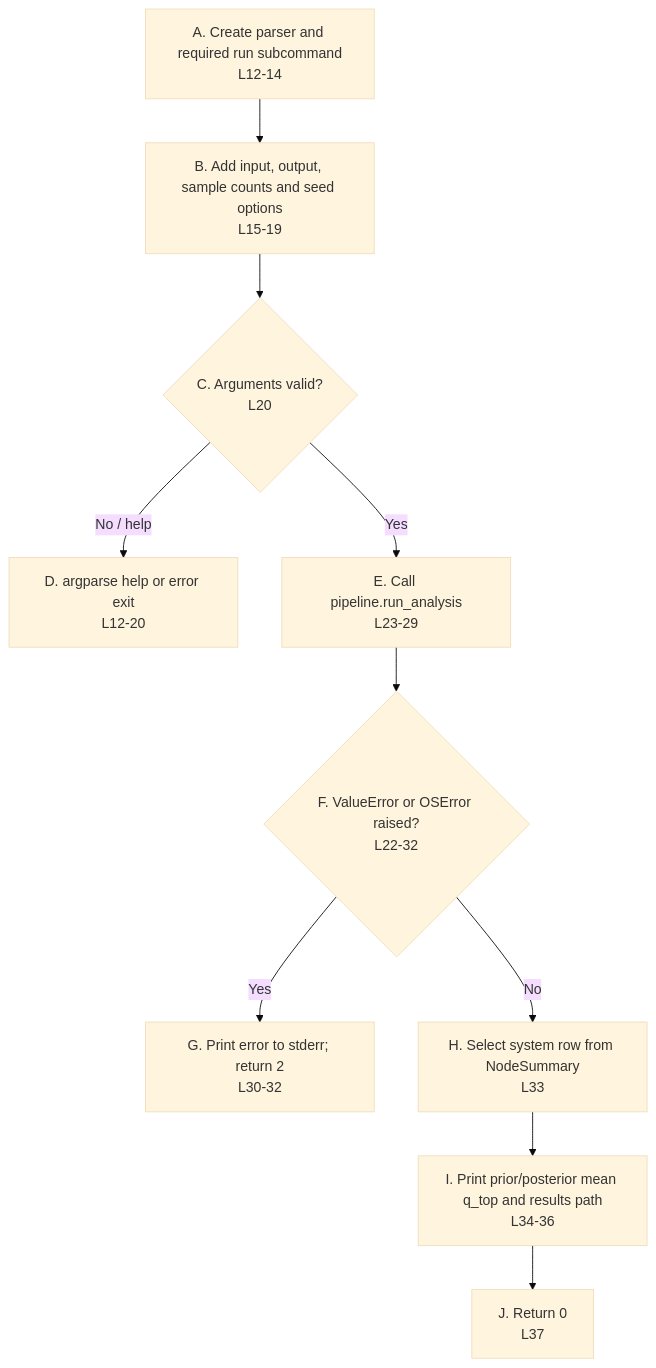
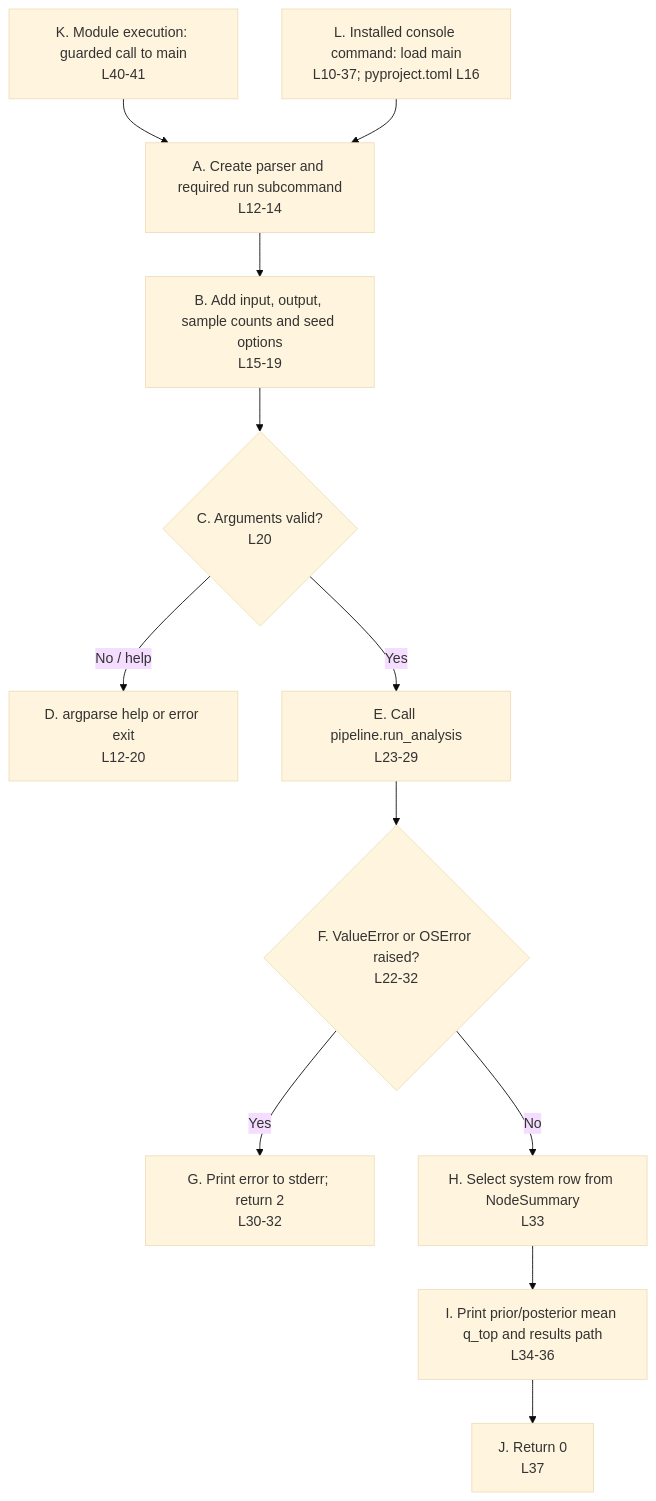
Before and after one commit to ykwang6126/Launch-Vehicle-Readiness-Estimation: the third of 13 diagrams in src/source_code_flowcharts.md, drawn with Mermaid (base theme). The commit also changed other lines of this file and 22 other files, not shown here.

````diff
--- a/src/source_code_flowcharts.md
+++ b/src/source_code_flowcharts.md
@@ -165,22 +140,26 @@
 ```mermaid
 flowchart TD
     A["A. Create parser and required run subcommand<br/>L12-14"]
     B["B. Add input, output, sample counts and seed options<br/>L15-19"]
     C{"C. Arguments valid?<br/>L20"}
     D["D. argparse help or error exit<br/>L12-20"]
     E["E. Call pipeline.run_analysis<br/>L23-29"]
     F{"F. ValueError or OSError raised?<br/>L22-32"}
     G["G. Print error to stderr; return 2<br/>L30-32"]
     H["H. Select system row from NodeSummary<br/>L33"]
     I["I. Print prior/posterior mean q_top and results path<br/>L34-36"]
     J["J. Return 0<br/>L37"]
+    K["K. Module execution: guarded call to main<br/>L40-41"]
+    L["L. Installed console command: load main<br/>L10-37; pyproject.toml L16"]
+    K --> A
+    L --> A
     A --> B
     B --> C
     C -->|"No / help"| D
     C -->|"Yes"| E
     E --> F
     F -->|"Yes"| G
     F -->|"No"| H
     H --> I
     I --> J
 ```
````
